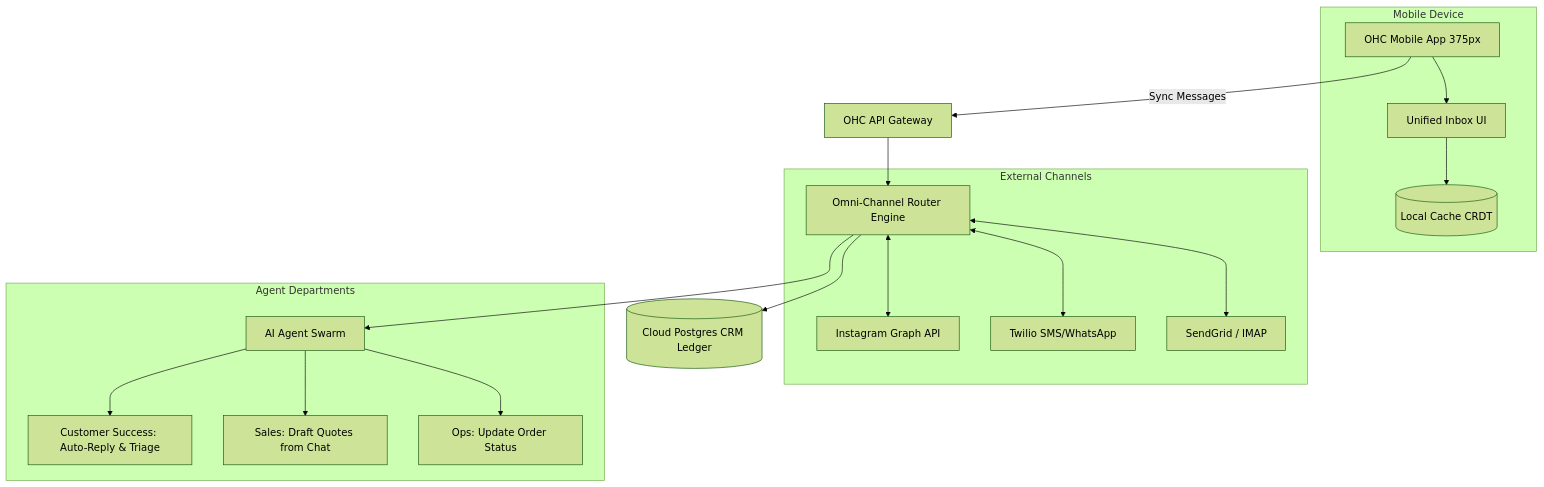
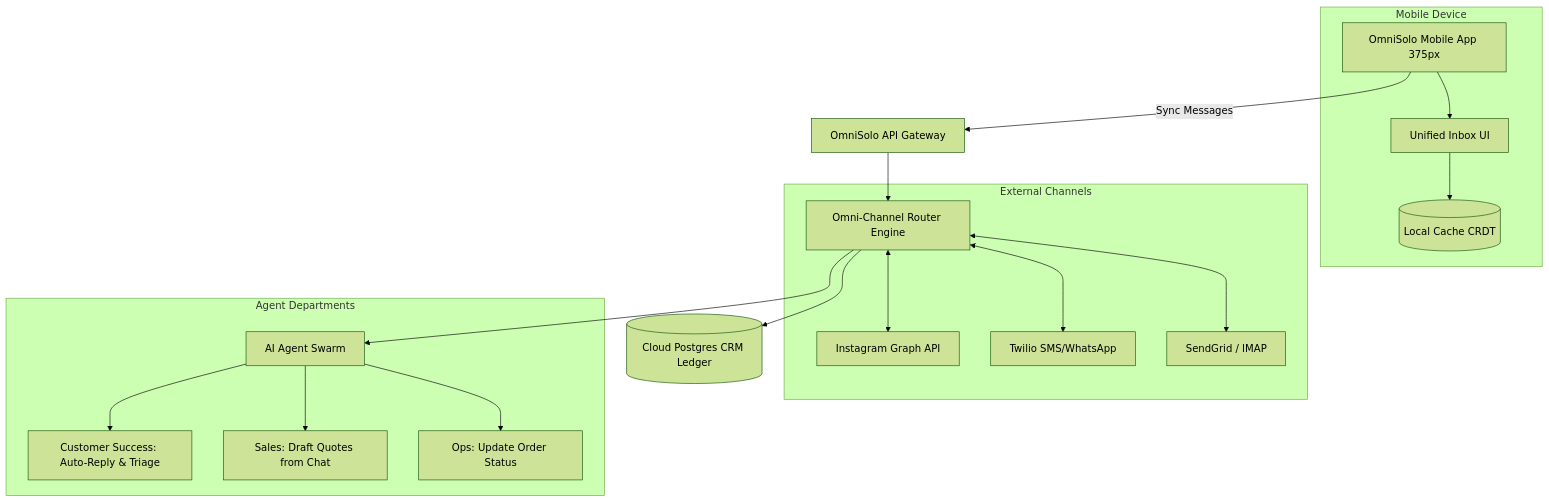
One commit to omnisolo-llc/onehumancorp changed the diagram in docs/technical/research/[architecture]_omni_channel_ai_inbox.md. Above: the diagram before and after it, drawn with Mermaid (forest theme). The commit also changed other lines of this file and 2191 other files, not shown here.

Commit message:
feat: complete OmniSolo rename and browser audit

````diff
--- a/docs/technical/research/[architecture]_omni_channel_ai_inbox.md
+++ b/docs/technical/research/[architecture]_omni_channel_ai_inbox.md
@@ -18,26 +18,26 @@
 ```mermaid
 graph TD;
     subgraph Mobile Device
-        App[OHC Mobile App 375px] --> InboxUI[Unified Inbox UI];
+        App[OmniSolo Mobile App 375px] --> InboxUI[Unified Inbox UI];
         InboxUI --> LocalCRDT[(Local Cache CRDT)];
     end
 
-    App -- "Sync Messages" --> Gateway[OHC API Gateway];
+    App -- "Sync Messages" --> Gateway[OmniSolo API Gateway];
 
     Gateway --> MessageRouter[Omni-Channel Router Engine];
     MessageRouter --> MainDB[(Cloud Postgres CRM Ledger)];
 
     subgraph External Channels
         MessageRouter <--> Instagram[Instagram Graph API];
         MessageRouter <--> Twilio[Twilio SMS/WhatsApp];
         MessageRouter <--> Email[SendGrid / IMAP];
     end
 
     MessageRouter --> Agents[AI Agent Swarm];
 
     subgraph Agent Departments
         Agents --> CSAgent[Customer Success: Auto-Reply & Triage];
         Agents --> SalesAgent[Sales: Draft Quotes from Chat];
         Agents --> OperationsAgent[Ops: Update Order Status];
     end
 ```
````
